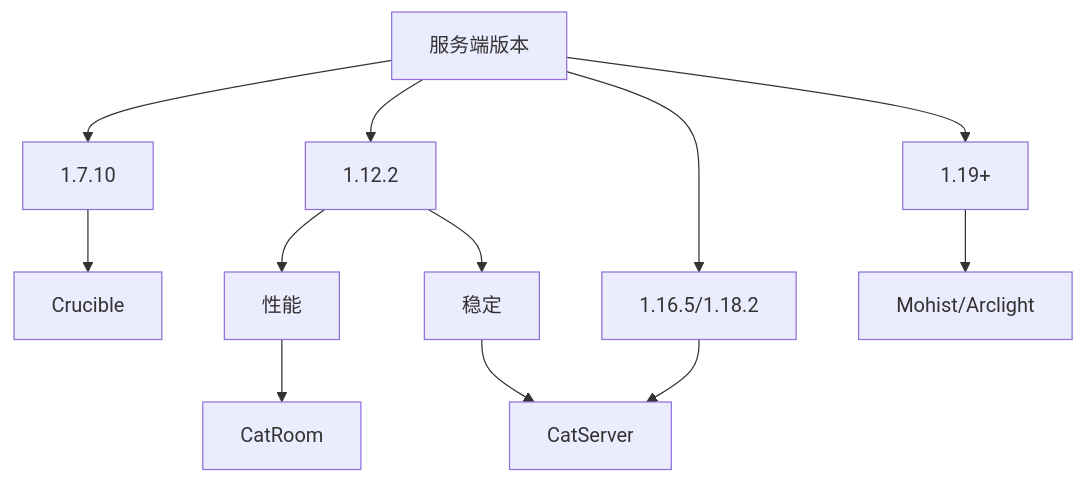
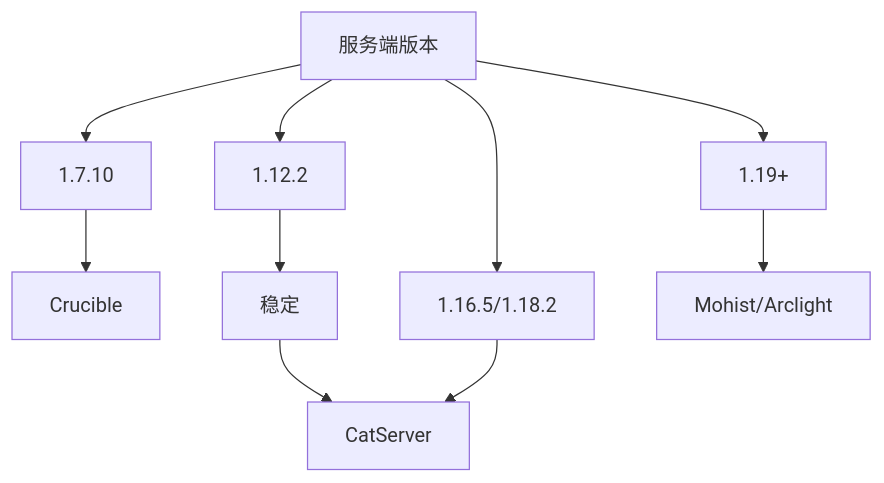
The first of 2 diagrams in docs-java/start/server-core-choose/hybrid.md (postyizhan/NitWikit), drawn with Mermaid before and after one commit. The commit also changed other lines of this file, not shown here.

````diff
--- a/docs-java/start/server-core-choose/hybrid.md
+++ b/docs-java/start/server-core-choose/hybrid.md
@@ -18,10 +18,9 @@
 ```mermaid
 flowchart TD
     A[服务端版本]
     A --> 1.7.10 --> Crucible
     A --> 1.12.2
-    1.12.2 --> 性能 --> CatRoom
     1.12.2 --> 稳定 --> CatServer
     A --> 1.16.5/1.18.2 --> CatServer
     A --> 1.19+ --> Mohist/Arclight
 ```
````
